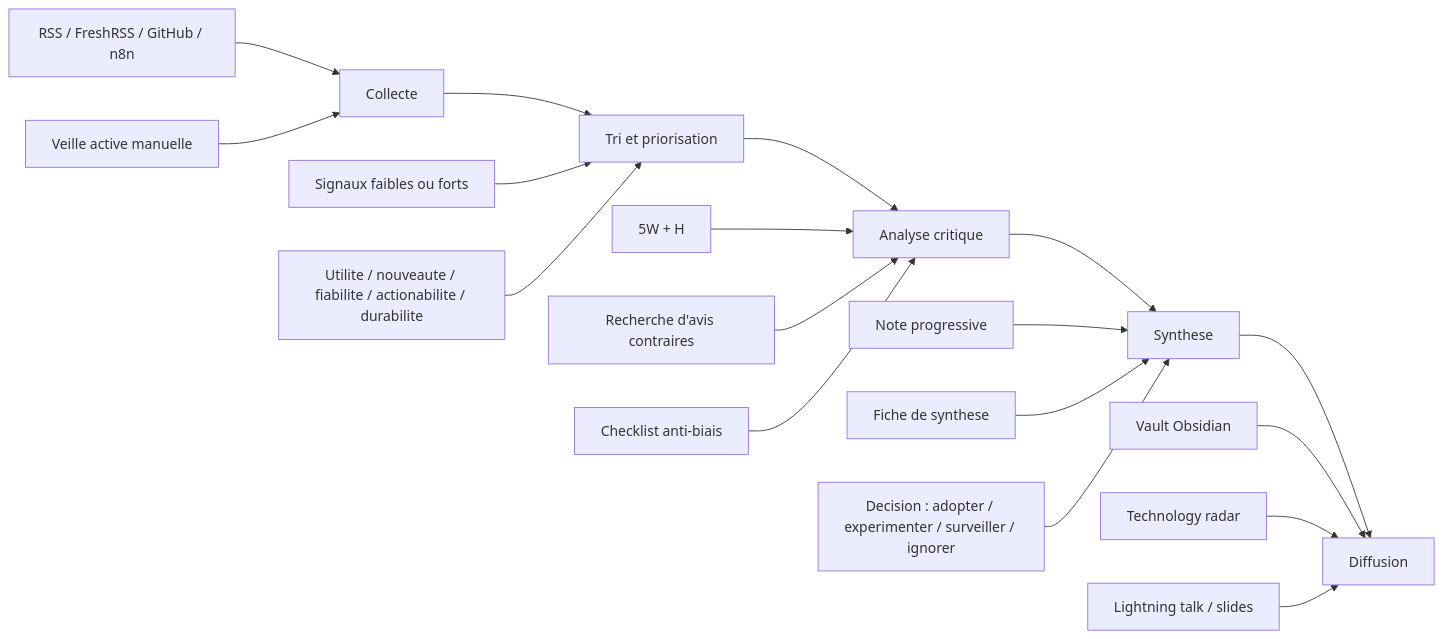
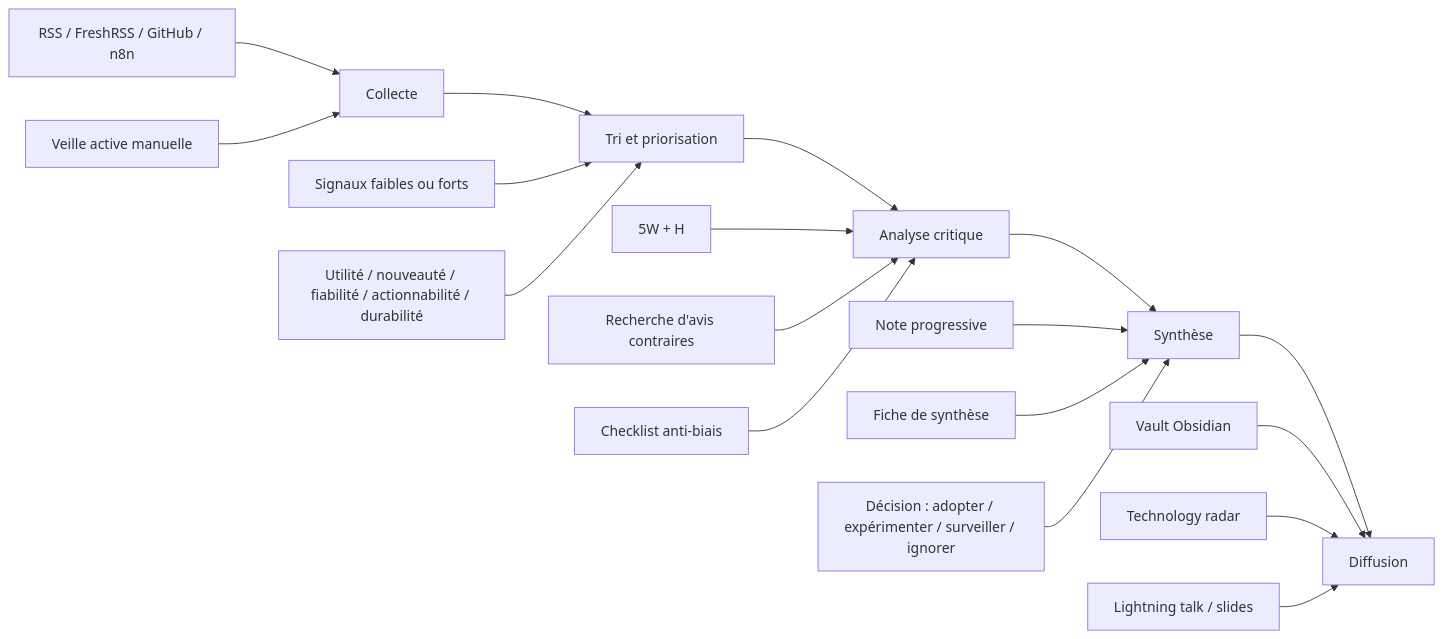
The diagram in veille-vault/wiki/notes/pipeline-de-veille.md (WO-VIER/veille-obsidian), drawn with Mermaid before and after one commit. The commit also changed other lines of this file and 16 other files, not shown here.

````diff
--- a/veille-vault/wiki/notes/pipeline-de-veille.md
+++ b/veille-vault/wiki/notes/pipeline-de-veille.md
@@ -8,25 +8,25 @@
 ```mermaid
 flowchart LR
     A[Collecte] --> B[Tri et priorisation]
     B --> C[Analyse critique]
-    C --> D[Synthese]
+    C --> D[Synthèse]
     D --> E[Diffusion]
 
     A1[RSS / FreshRSS / GitHub / n8n] --> A
     A2[Veille active manuelle] --> A
 
     B1[Signaux faibles ou forts] --> B
-    B2[Utilite / nouveaute / fiabilite / actionabilite / durabilite] --> B
+    B2[Utilité / nouveauté / fiabilité / actionnabilité / durabilité] --> B
 
     C1[5W + H] --> C
     C2[Recherche d'avis contraires] --> C
     C3[Checklist anti-biais] --> C
 
     D1[Note progressive] --> D
-    D2[Fiche de synthese] --> D
-    D3[Decision : adopter / experimenter / surveiller / ignorer] --> D
+    D2[Fiche de synthèse] --> D
+    D3[Décision : adopter / expérimenter / surveiller / ignorer] --> D
 
     E1[Vault Obsidian] --> E
     E2[Technology radar] --> E
     E3[Lightning talk / slides] --> E
 ```
````
